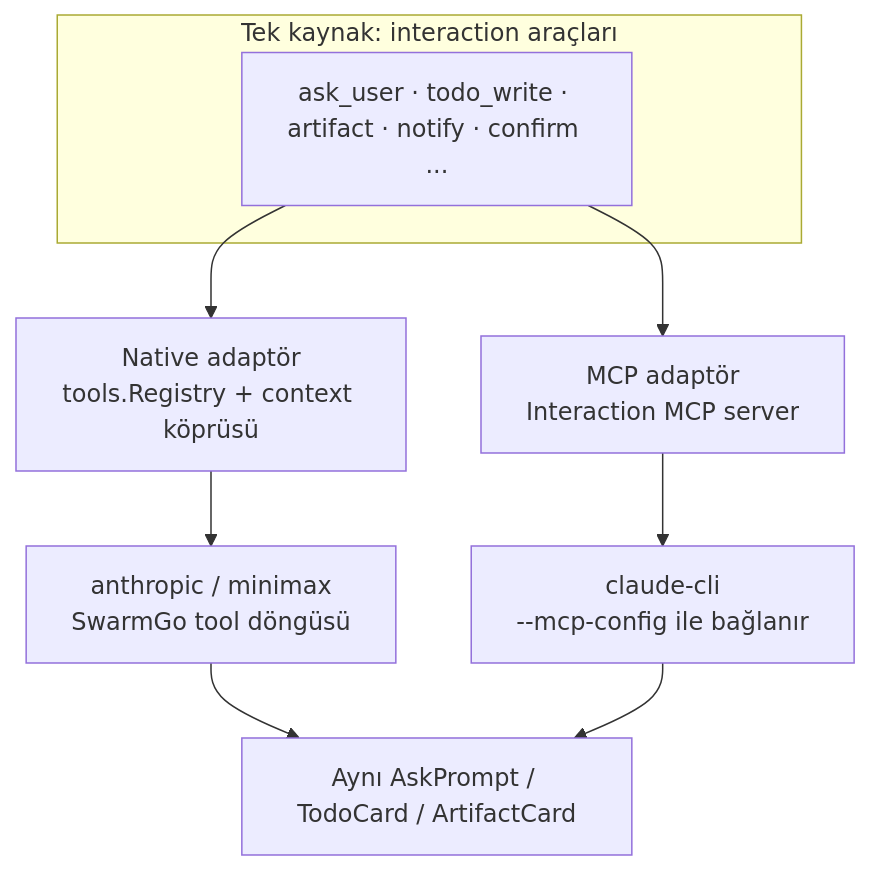
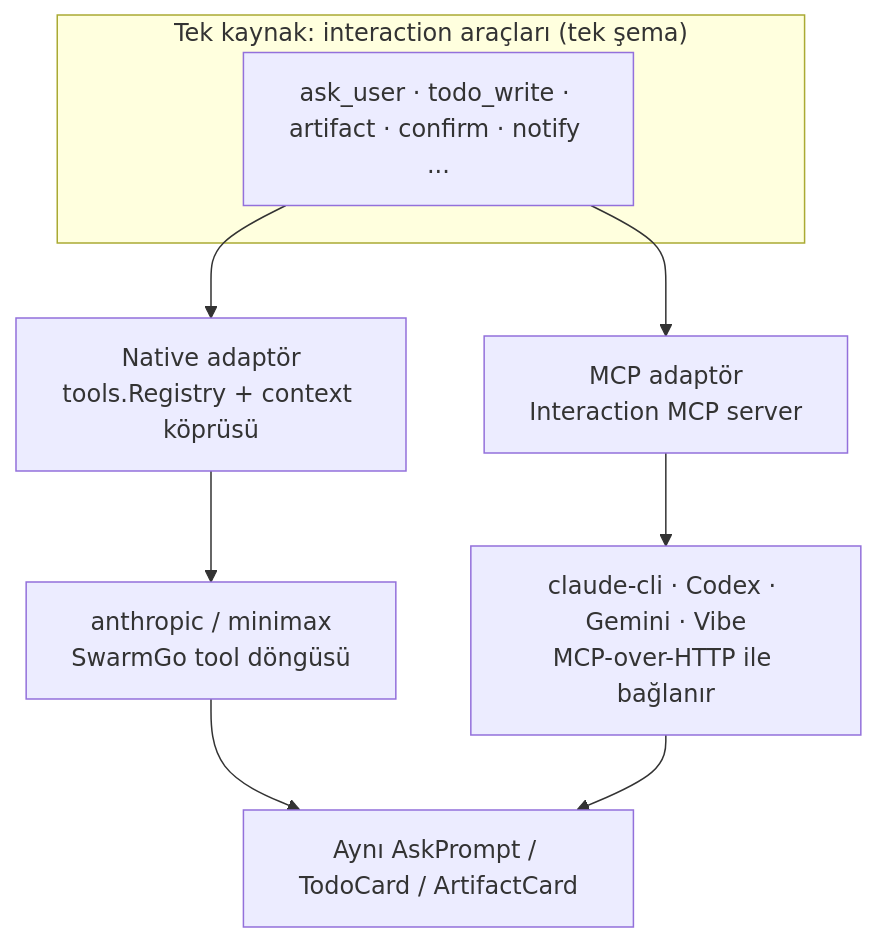
Before and after one commit to bilal-arikan/tionharness: the first of 2 diagrams in _Docs/11-INTERACTION-MCP.md, drawn with Mermaid. The commit also changed other lines of this file, not shown here.

First line of the commit message:
docs: make Interaction MCP design CLI-agnostic and add Faz 0 spike results

````diff
--- a/_Docs/11-INTERACTION-MCP.md
+++ b/_Docs/11-INTERACTION-MCP.md
@@ -41,12 +47,12 @@
 ```mermaid
 graph TD
-    subgraph Tanim["Tek kaynak: interaction araçları"]
-        T[ask_user · todo_write · artifact · notify · confirm ...]
+    subgraph Tanim["Tek kaynak: interaction araçları (tek şema)"]
+        T[ask_user · todo_write · artifact · confirm · notify ...]
     end
     T --> N[Native adaptör<br/>tools.Registry + context köprüsü]
     T --> M[MCP adaptör<br/>Interaction MCP server]
     N --> NP[anthropic / minimax<br/>SwarmGo tool döngüsü]
-    M --> CP[claude-cli<br/>--mcp-config ile bağlanır]
+    M --> CP[claude-cli · Codex · Gemini · Vibe<br/>MCP-over-HTTP ile bağlanır]
     NP --> UI[Aynı AskPrompt / TodoCard / ArtifactCard]
     CP --> UI
 ```
````
